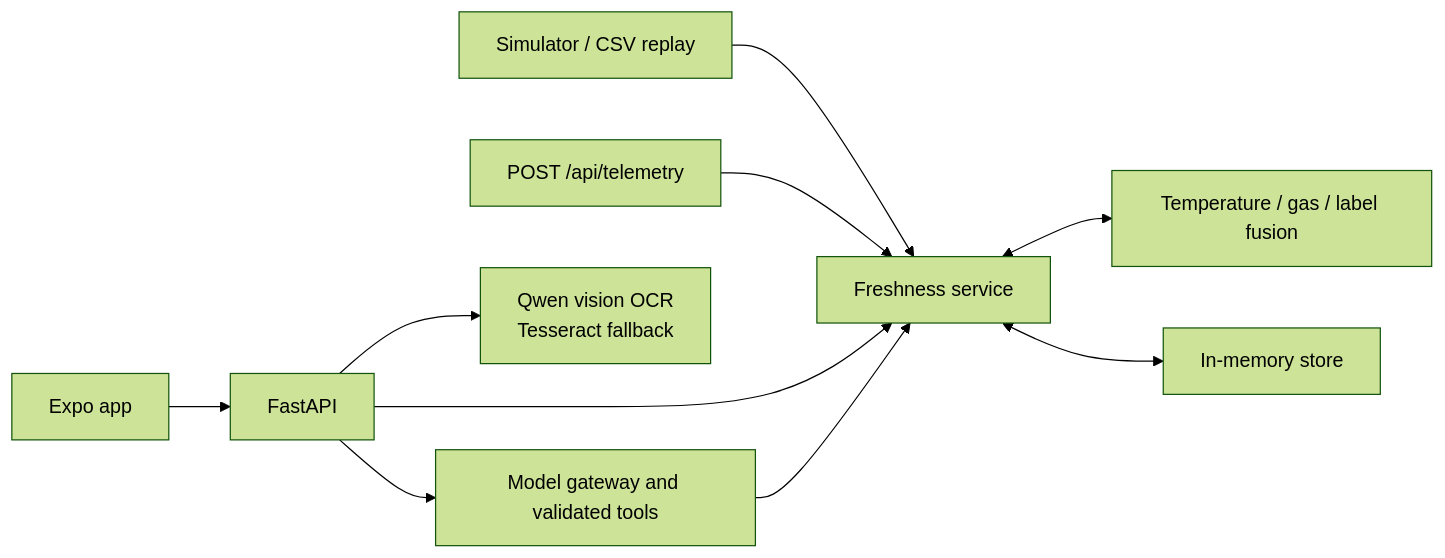
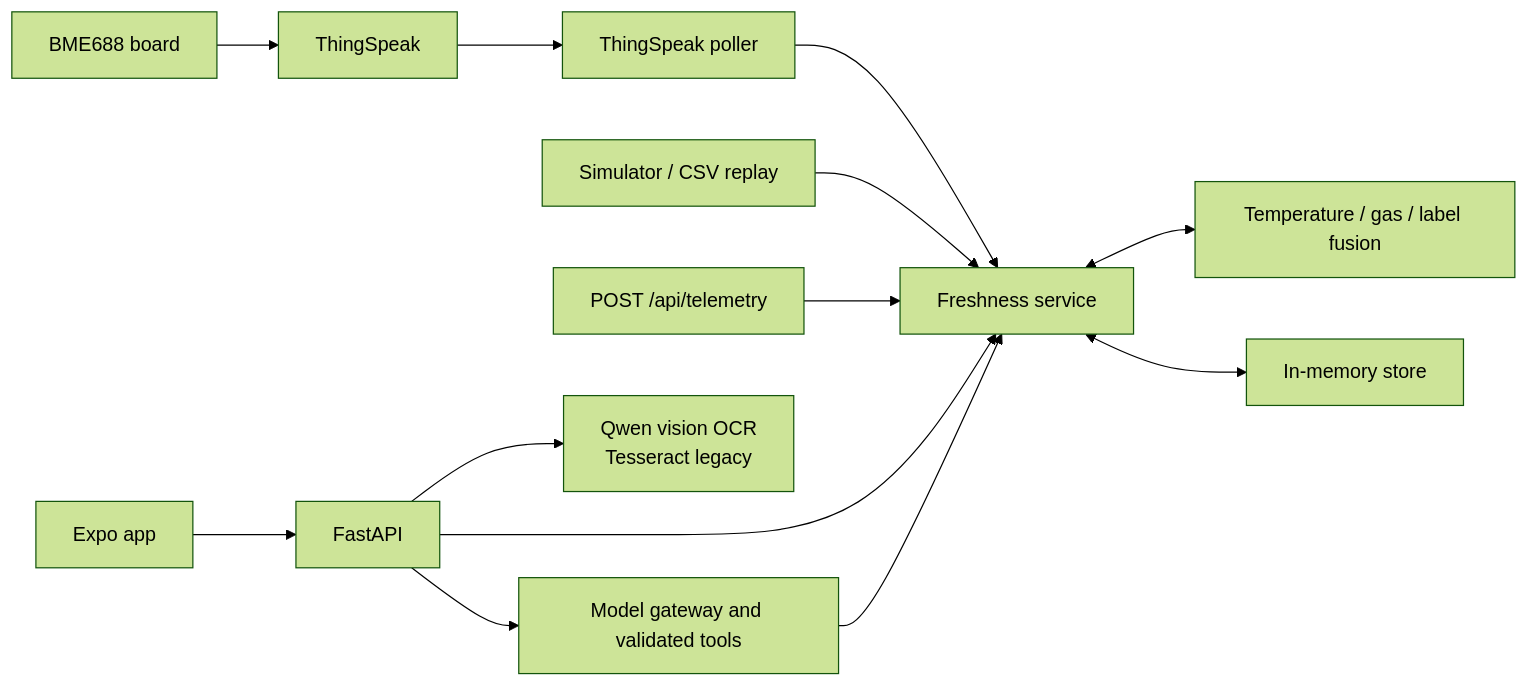
Before and after one commit to minhpham1810/food-tracker: the diagram in README.md, drawn with Mermaid (forest theme). The commit also changed other lines of this file, not shown here.

````diff
--- a/README.md
+++ b/README.md
@@ -144,12 +35,15 @@
 ```mermaid
 flowchart LR
+    BOARD[BME688 board] --> TS[ThingSpeak]
+    TS --> POLL[ThingSpeak poller]
+    POLL --> SERVICE
     SIM[Simulator / CSV replay] --> SERVICE[Freshness service]
     HTTP[POST /api/telemetry] --> SERVICE
     SERVICE <--> ENGINE[Temperature / gas / label fusion]
     SERVICE <--> STORE[In-memory store]
     APP[Expo app] --> API[FastAPI]
     API --> SERVICE
-    API --> OCR[Qwen vision OCR<br/>Tesseract fallback]
+    API --> OCR[Qwen vision OCR<br/>Tesseract legacy]
     API --> LLM[Model gateway and validated tools]
     LLM --> SERVICE
 ```
````
